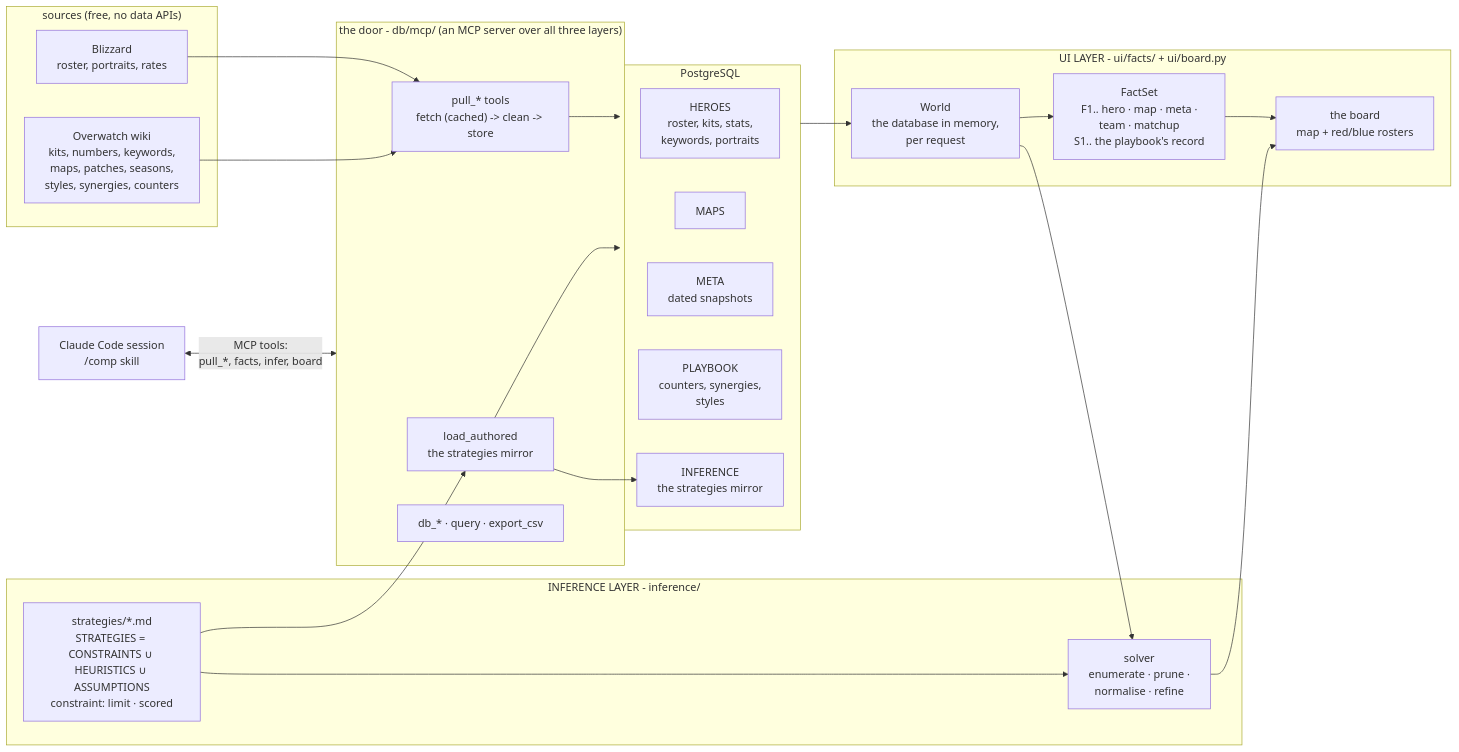
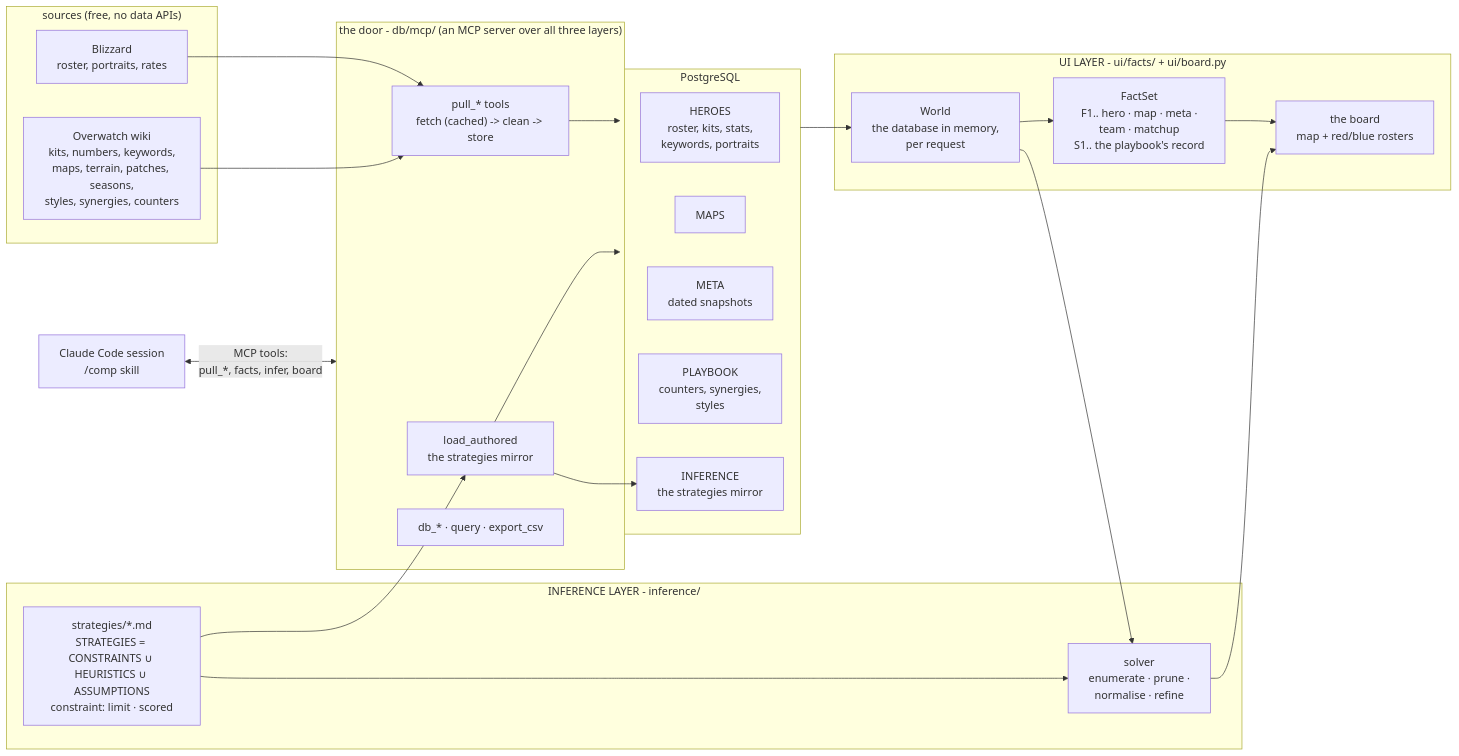
Before and after one commit to mmikol/counter-utility-matrix: the first of 2 diagrams in docs/architecture.md, drawn with Mermaid. The commit also changed other lines of this file and 10 other files, not shown here.

````diff
--- a/docs/architecture.md
+++ b/docs/architecture.md
@@ -39,42 +39,42 @@
 ```mermaid
 flowchart LR
     subgraph SOURCES["sources (free, no data APIs)"]
         BLZ["Blizzard<br/>roster, portraits, rates"]
-        WIKI["Overwatch wiki<br/>kits, numbers, keywords,<br/>maps, patches, seasons,<br/>styles, synergies, counters"]
+        WIKI["Overwatch wiki<br/>kits, numbers, keywords,<br/>maps, terrain, patches, seasons,<br/>styles, synergies, counters"]
     end
 
     subgraph DATA["the door - db/mcp/ (an MCP server over all three layers)"]
         PULL["pull_* tools<br/>fetch (cached) -> clean -> store"]
         PLAY["load_authored<br/>the strategies mirror"]
         DBT["db_* · query · export_csv"]
     end
 
     subgraph PG["PostgreSQL"]
         HEROES["HEROES<br/>roster, kits, stats,<br/>keywords, portraits"]
         MAPS["MAPS"]
         META["META<br/>dated snapshots"]
         PLAYBOOK["PLAYBOOK<br/>counters, synergies,<br/>styles"]
         INF["INFERENCE<br/>the strategies mirror"]
     end
 
     subgraph USER["UI LAYER - ui/facts/ + ui/board.py"]
         WORLD["World<br/>the database in memory,<br/>per request"]
         FACTS["FactSet<br/>F1.. hero · map · meta ·<br/>team · matchup<br/>S1.. the playbook's record"]
         BOARD["the board<br/>map + red/blue rosters"]
     end
 
     subgraph INFER["INFERENCE LAYER - inference/"]
         HEUR["strategies/*.md<br/>STRATEGIES = CONSTRAINTS ∪ HEURISTICS ∪ ASSUMPTIONS<br/>constraint: limit · scored"]
         SOLVER["solver<br/>enumerate · prune ·<br/>normalise · refine"]
     end
 
     BLZ & WIKI --> PULL
     HEUR --> PLAY
     PLAY --> INF
     PULL & PLAY --> PG
     PG --> WORLD --> FACTS --> BOARD
     WORLD --> SOLVER
     HEUR --> SOLVER
     SOLVER --> BOARD
     CHAT["Claude Code session<br/>/comp skill"] <-->|"MCP tools:<br/>pull_*, facts, infer, board"| DATA
 ```
````
